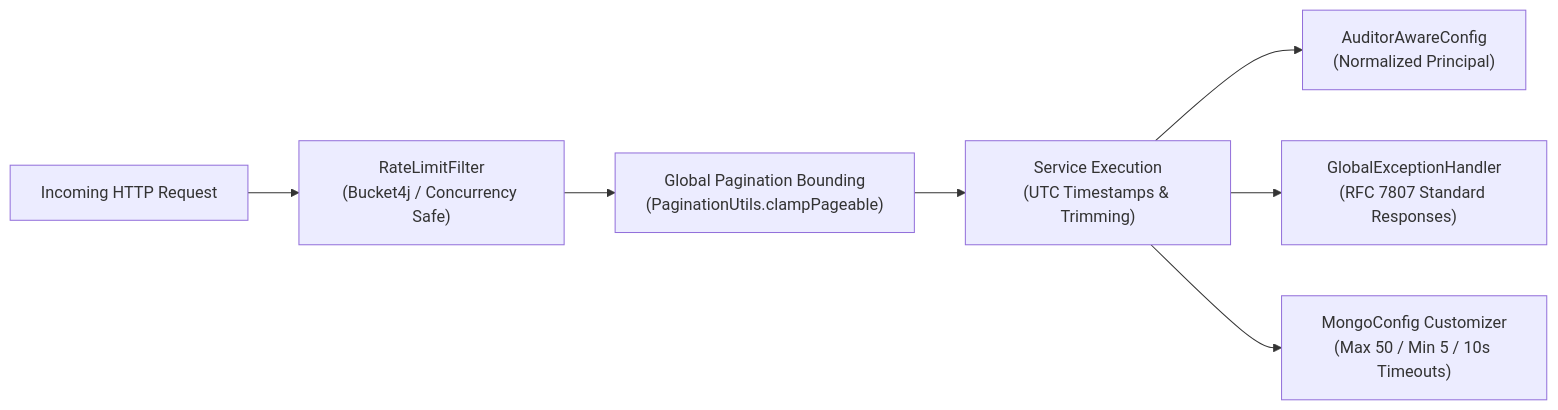
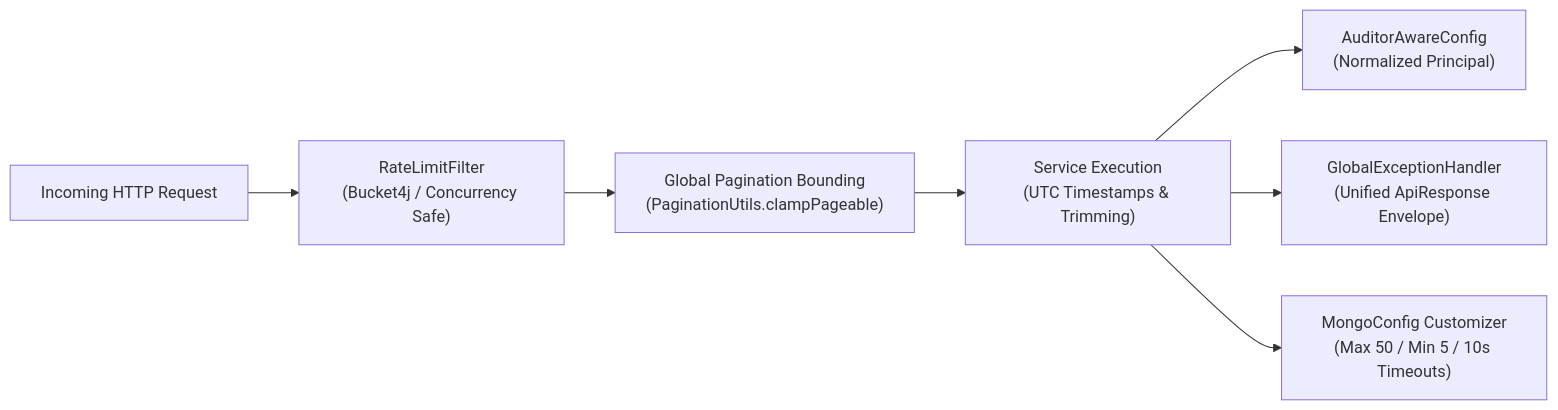
The ninth of 10 diagrams in docs/elevate_crm_complete_architecture_decryption.md (VirajB9/ElevateCRM-backend), drawn with Mermaid before and after one commit. The commit also changed other lines of this file and 15 other files, not shown here.

````diff
--- a/docs/elevate_crm_complete_architecture_decryption.md
+++ b/docs/elevate_crm_complete_architecture_decryption.md
@@ -619,9 +629,9 @@
 ```mermaid
 flowchart LR
     Request["Incoming HTTP Request"] --> RateLimit["RateLimitFilter\n(Bucket4j / Concurrency Safe)"]
     RateLimit --> GlobalGuard["Global Pagination Bounding\n(PaginationUtils.clampPageable)"]
     GlobalGuard --> ServiceExec["Service Execution\n(UTC Timestamps & Trimming)"]
     ServiceExec --> AuditLogging["AuditorAwareConfig\n(Normalized Principal)"]
-    ServiceExec --> ExceptionInterception["GlobalExceptionHandler\n(RFC 7807 Standard Responses)"]
+    ServiceExec --> ExceptionInterception["GlobalExceptionHandler\n(Unified ApiResponse Envelope)"]
     ServiceExec --> MongoPool["MongoConfig Customizer\n(Max 50 / Min 5 / 10s Timeouts)"]
 ```
````
